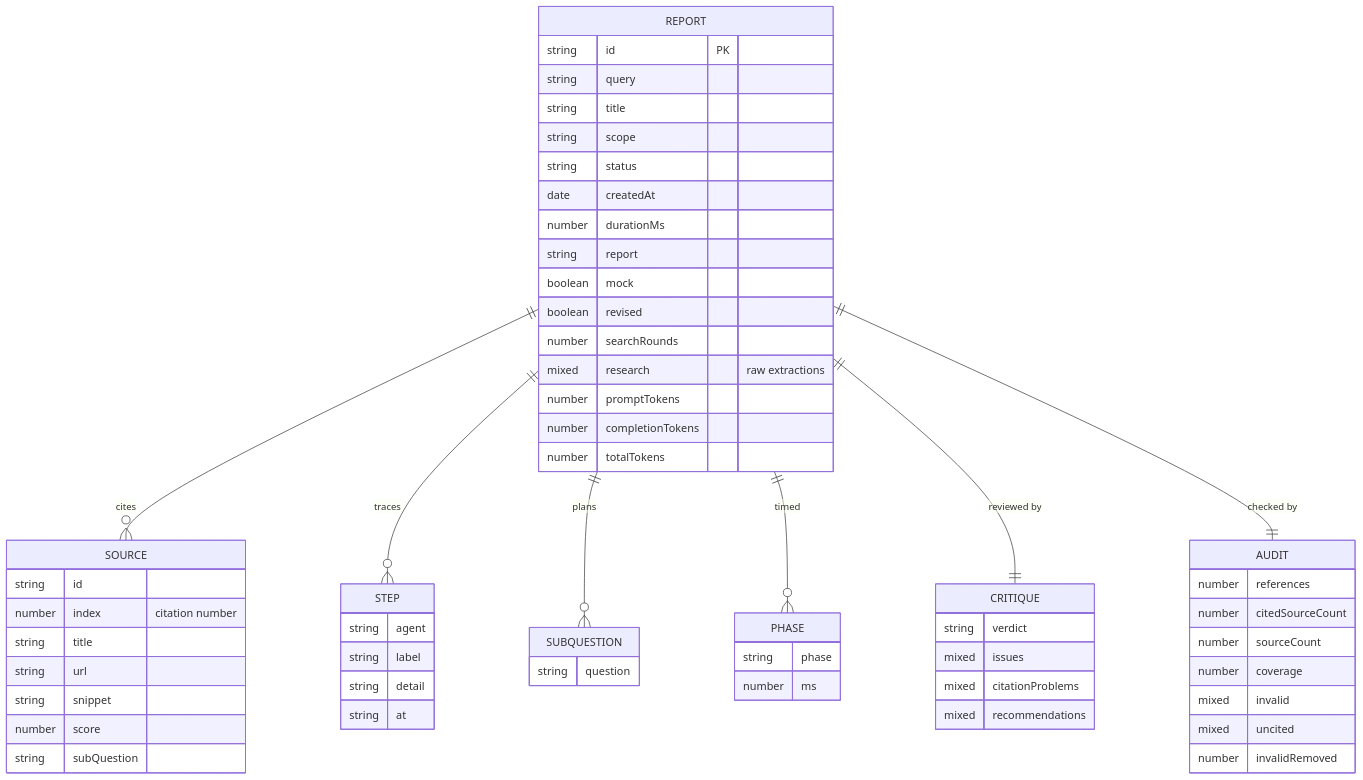
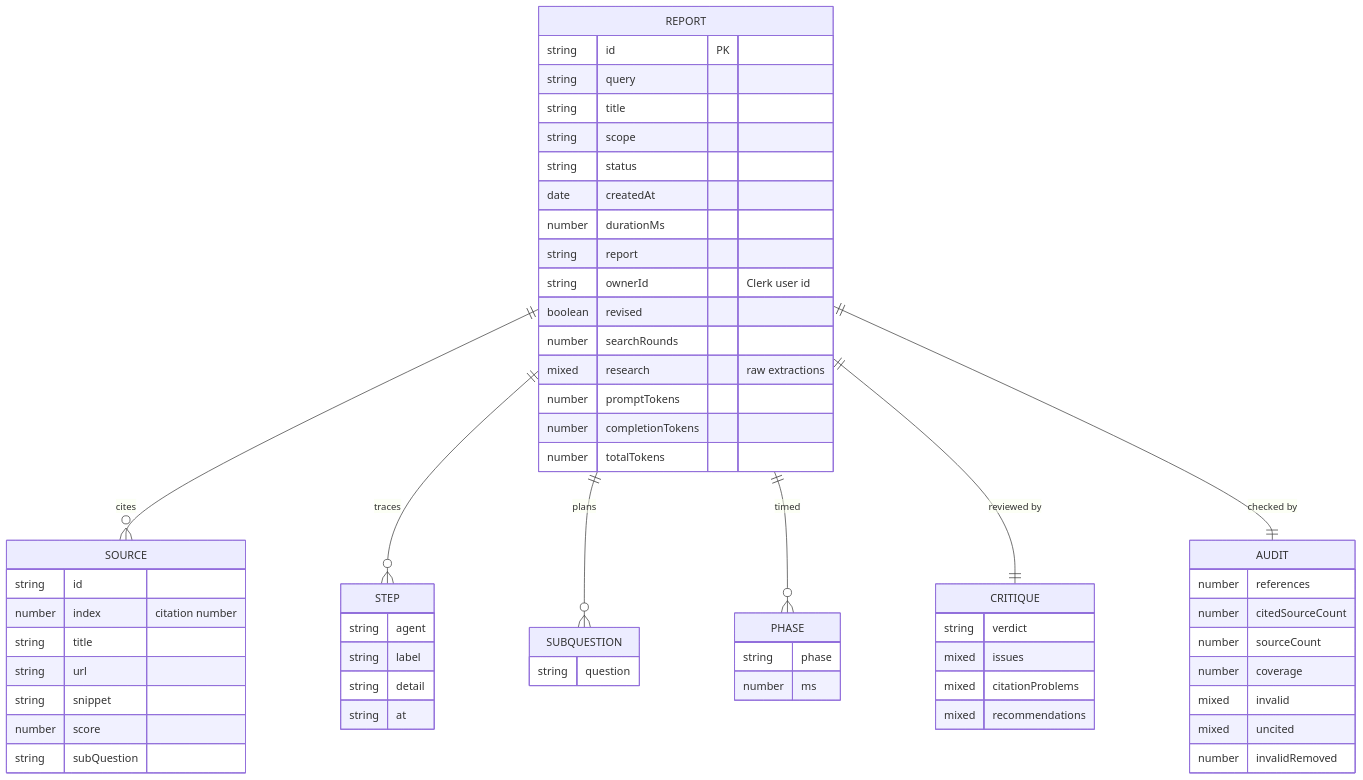
One commit to AlphaBeast97/deep-research-ai-platform changed the ninth of 16 diagrams in docs/ARCHITECTURE.md. Above: the diagram before and after it, drawn with Mermaid. The commit also changed other lines of this file and 23 other files, not shown here.

First line of the commit message:
feat: add Clerk auth, make MongoDB the only store, delete mock mode

````diff
--- a/docs/ARCHITECTURE.md
+++ b/docs/ARCHITECTURE.md
@@ -1097,64 +1091,64 @@
 ```mermaid
 erDiagram
     REPORT ||--o{ SOURCE : cites
     REPORT ||--o{ STEP : traces
     REPORT ||--o{ SUBQUESTION : plans
     REPORT ||--o{ PHASE : "timed"
     REPORT ||--|| CRITIQUE : "reviewed by"
     REPORT ||--|| AUDIT : "checked by"
 
     REPORT {
         string  id PK
         string  query
         string  title
         string  scope
         string  status
         date    createdAt
         number  durationMs
         string  report
-        boolean mock
+        string  ownerId "Clerk user id"
         boolean revised
         number  searchRounds
         mixed   research "raw extractions"
         number  promptTokens
         number  completionTokens
         number  totalTokens
     }
     CRITIQUE {
         string verdict
         mixed  issues
         mixed  citationProblems
         mixed  recommendations
     }
     AUDIT {
         number references
         number citedSourceCount
         number sourceCount
         number coverage
         mixed  invalid
         mixed  uncited
         number invalidRemoved
     }
     PHASE {
         string phase
         number ms
     }
     SOURCE {
         string id
         number index "citation number"
         string title
         string url
         string snippet
         number score
         string subQuestion
     }
     STEP {
         string agent
         string label
         string detail
         string at
     }
     SUBQUESTION {
         string question
     }
 ```
````
